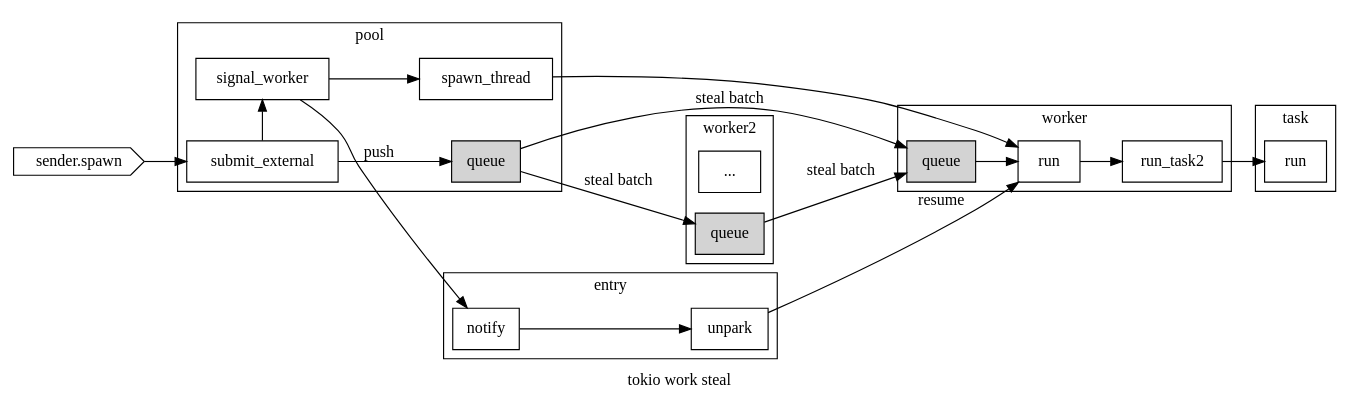
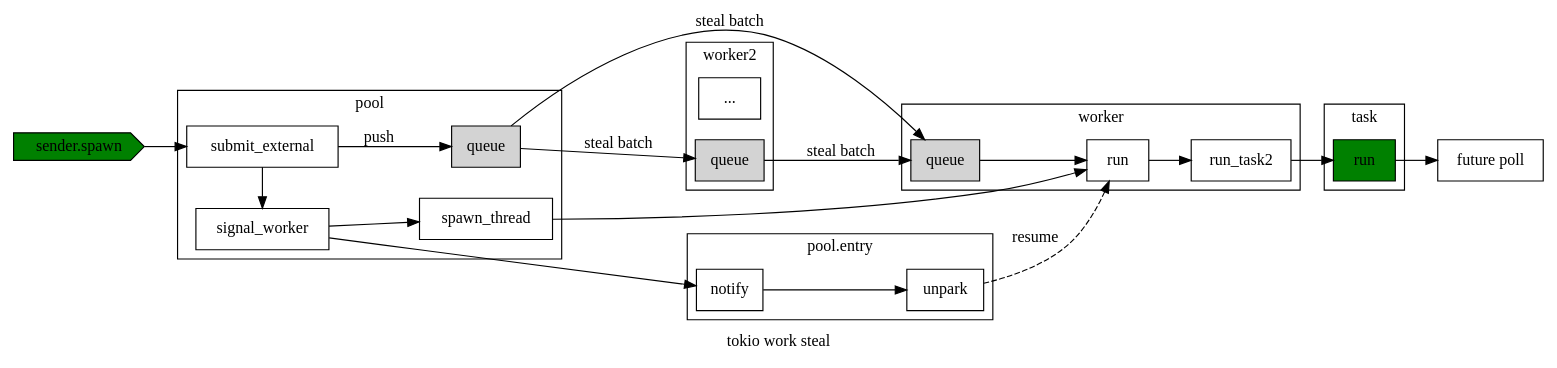
One commit to xieyu/blog changed the diagram in src/tokio/worker-steal.dot. Above: the diagram before and after it, drawn with Graphviz. The commit also changed 10 other files, not shown here.

```diff
--- a/src/tokio/worker-steal.dot
+++ b/src/tokio/worker-steal.dot
@@ -1,55 +1,58 @@
 //
 // worker-steal.dot
 //
 // Created on 27-09-2019 by xieyu
 //
 digraph worksteal{
   label="tokio work steal";
   rankdir=LR;
   node[shape="box"];
 
-  sender_spawn[label="sender.spawn"; shape="cds"];
+  sender_spawn[label="sender.spawn";style=filled;shape="cds";fillcolor=green;];
 
   subgraph cluster_pool {
     label = pool
+    pool_queue[label=queue;style=filled;];
 
-    pool_queue[label=queue;style=filled;];
     submit_external -> signal_worker -> spawn_thread;
     submit_external -> pool_queue[label="push"];
     {rank=same; submit_external;signal_worker}
   }
 
   subgraph cluster_worker {
     label = worker;
     worker_run[label="run"]
     worker_queue[label="queue";style=filled];
     worker_queue -> worker_run -> run_task2;
   }
 
   subgraph cluster_worker2 {
     label = worker2;
     other[label="..."]
     worker_queue2[label="queue";style=filled];
   }
 
   subgraph cluster_entry{
-    label = entry;
+    label = "pool.entry";
     notify -> unpark;
   }
 
   subgraph cluster_task {
     label= task;
-    task_run[label="run"];
+    task_run[label="run";style="filled";fillcolor=green];
   }
+
+  future_poll[label="future poll";]
 
   sender_spawn -> submit_external;
   signal_worker -> notify;
   spawn_thread -> worker_run;
 
   pool_queue -> worker_queue[label="steal batch";];
   worker_queue2 -> worker_queue[label="steal batch"];
   pool_queue -> worker_queue2[label="steal batch"];
 
-  unpark -> worker_run[label="resume"];
+  unpark -> worker_run[label="resume";style="dashed"];
   run_task2 -> task_run;
+  task_run -> future_poll;
 }
```
